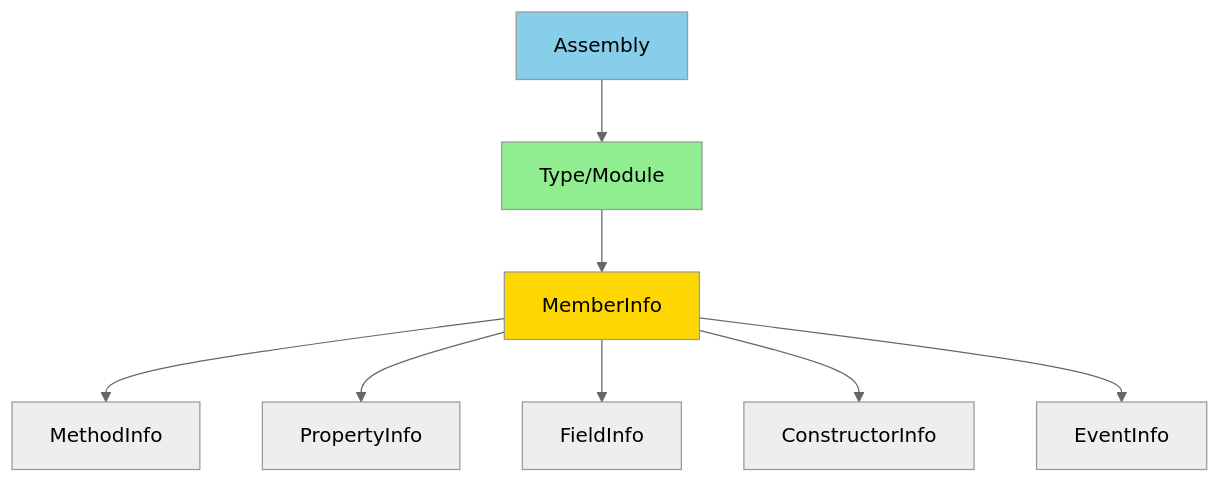
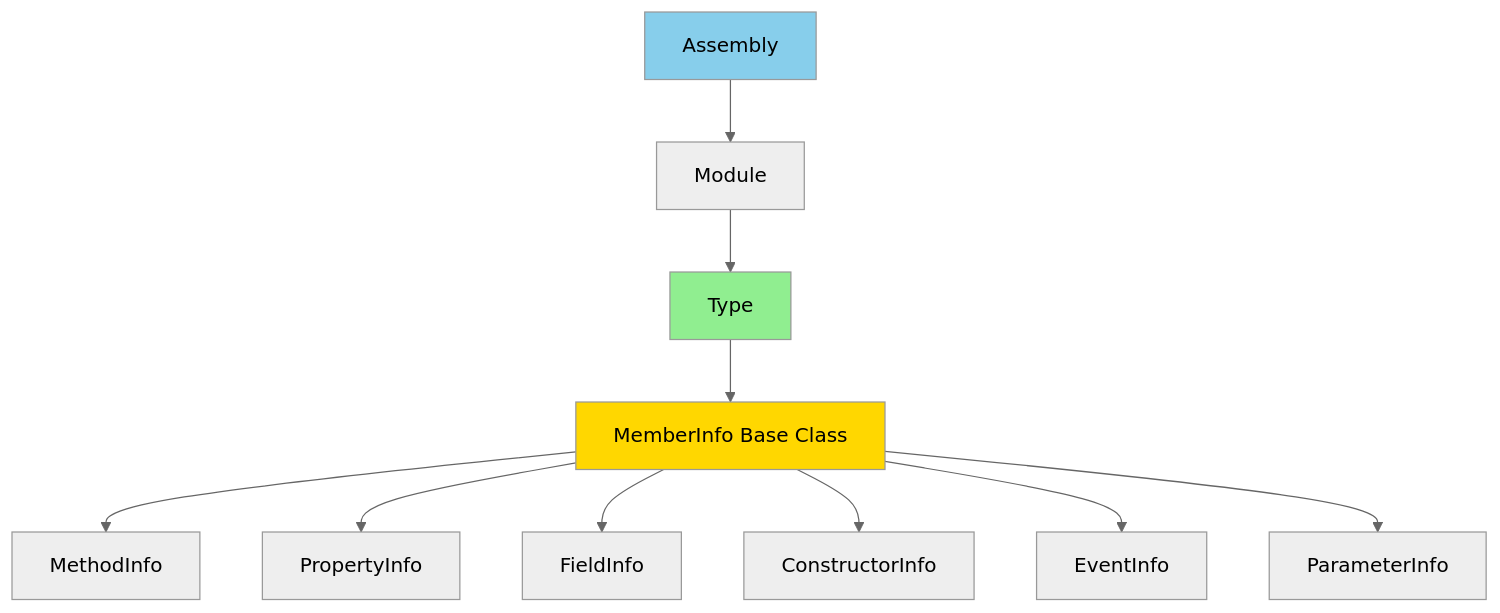
One commit to NguyenPhamCode4You/ai-home-lab-docker-compose changed the second of 2 diagrams in C# fundamentals/day10-reflection-attributes.md. Above: the diagram before and after it, drawn with Mermaid (neutral theme). The commit also changed other lines of this file, not shown here.

````diff
--- a/C# fundamentals/day10-reflection-attributes.md
+++ b/C# fundamentals/day10-reflection-attributes.md
@@ -35,14 +48,16 @@
 ```mermaid
 graph TB
-    A[Assembly] --> B[Type/Module]
-    B --> C[MemberInfo]
-    C --> D[MethodInfo]
-    C --> E[PropertyInfo]
-    C --> F[FieldInfo]
-    C --> G[ConstructorInfo]
-    C --> H[EventInfo]
+    A[Assembly] --> B[Module]
+    B --> C[Type]
+    C --> D[MemberInfo Base Class]
+    D --> E[MethodInfo]
+    D --> F[PropertyInfo]
+    D --> G[FieldInfo]
+    D --> H[ConstructorInfo]
+    D --> I[EventInfo]
+    D --> J[ParameterInfo]
 
     style A fill:#87CEEB
-    style B fill:#90EE90
-    style C fill:#FFD700
+    style C fill:#90EE90
+    style D fill:#FFD700
 ```
````
